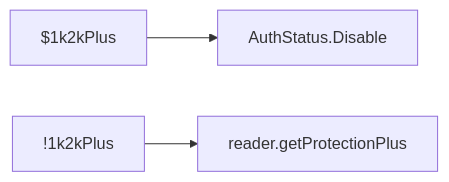
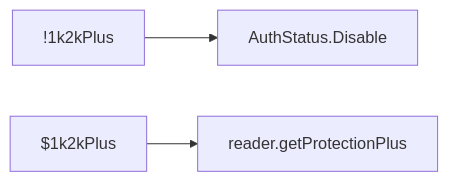
Before and after one commit to gordianknotC/nxp_note: diagram 15 of 15 in nxp/NtagDemo_mermaid.md, drawn with Mermaid. The commit also changed other lines of this file, not shown here.

Commit message:
nxp/NtagDemo_mermaid.md updated from https://stackedit.io/

````diff
--- a/nxp/NtagDemo_mermaid.md
+++ b/nxp/NtagDemo_mermaid.md
@@ -584,6 +587,6 @@
 ``` mermaid
 graph LR
-$1k2kPlus --> AuthStatus.Disable
-!1k2kPlus --> reader.getProtectionPlus
+!1k2kPlus --> AuthStatus.Disable
+$1k2kPlus --> reader.getProtectionPlus
 
 ```
````
